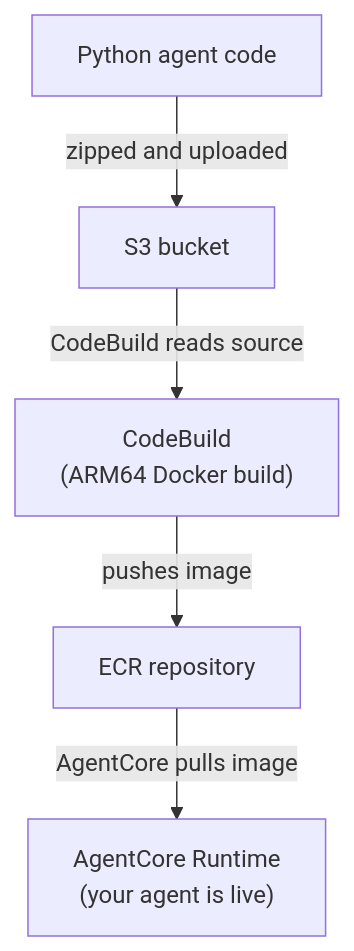
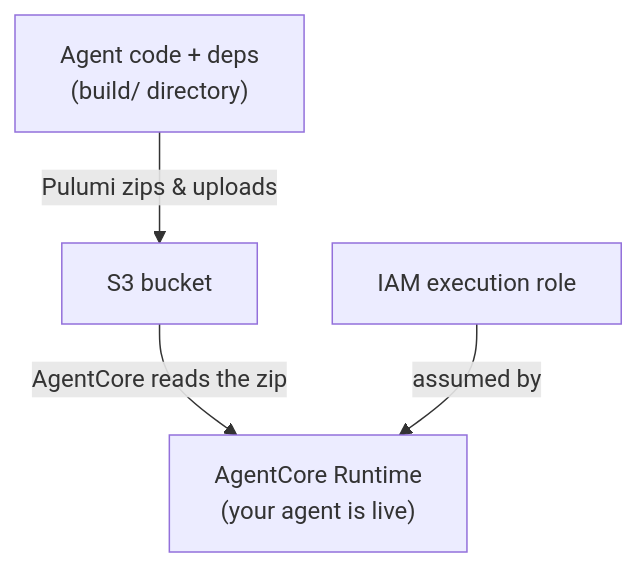
Before and after one commit to dirien/pulumi-ai-aws-bedrock-workshop: the diagram in 02-your-first-agent.md, drawn with Mermaid. The commit also changed other lines of this file, not shown here.

First line of the commit message:
docs(module-2): rewrite tutorial for direct-code deployment

````diff
--- a/02-your-first-agent.md
+++ b/02-your-first-agent.md
@@ -44,7 +33,6 @@
 ```mermaid
 flowchart TD
-    A["Python agent code"] -->|zipped and uploaded| B["S3 bucket"]
-    B -->|CodeBuild reads source| C["CodeBuild\n(ARM64 Docker build)"]
-    C -->|pushes image| D["ECR repository"]
-    D -->|AgentCore pulls image| E["AgentCore Runtime\n(your agent is live)"]
+    A["Agent code + deps<br/>(build/ directory)"] -->|Pulumi zips & uploads| B["S3 bucket"]
+    B -->|AgentCore reads the zip| D["AgentCore Runtime<br/>(your agent is live)"]
+    R["IAM execution role"] -->|assumed by| D
 ```
````
